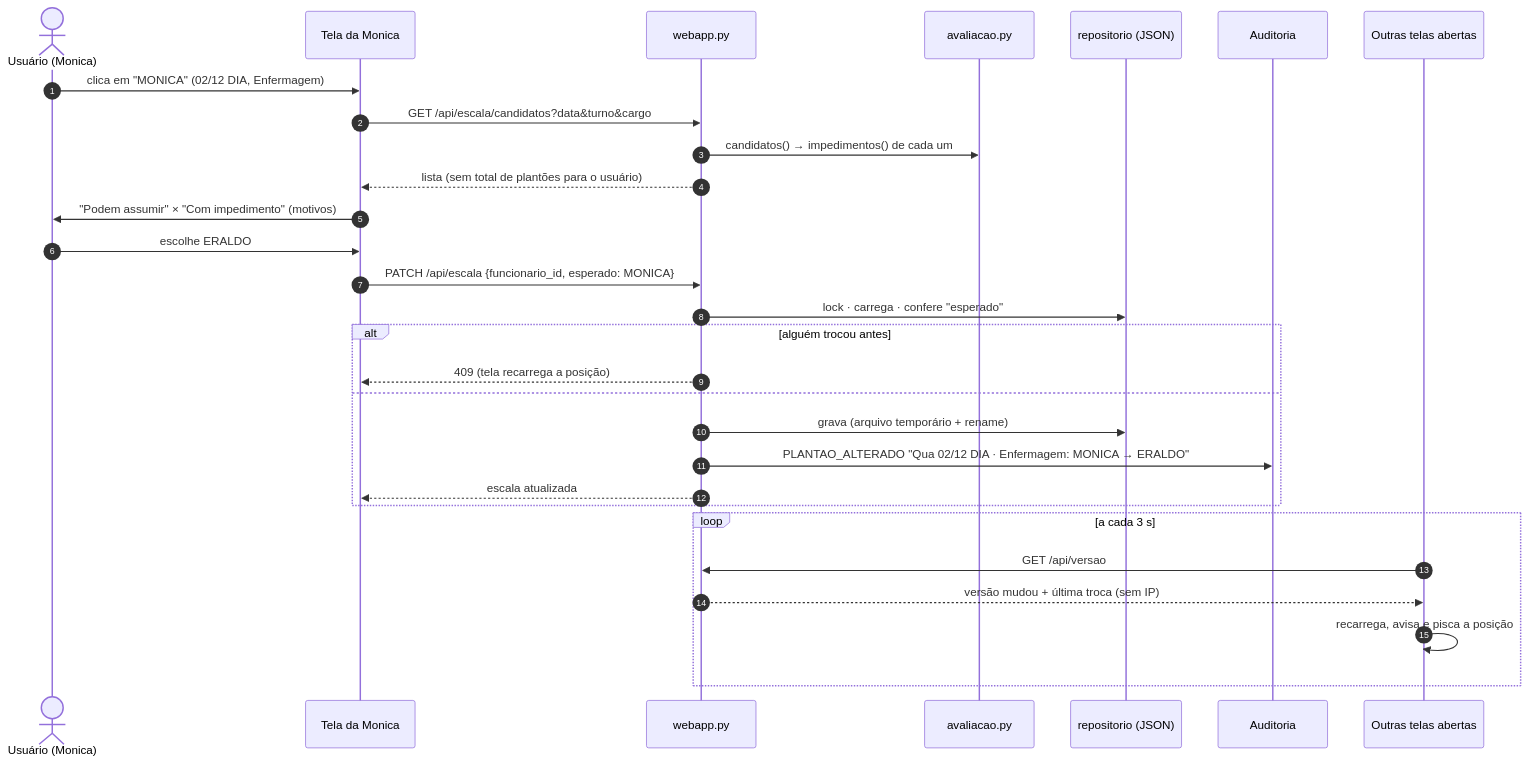
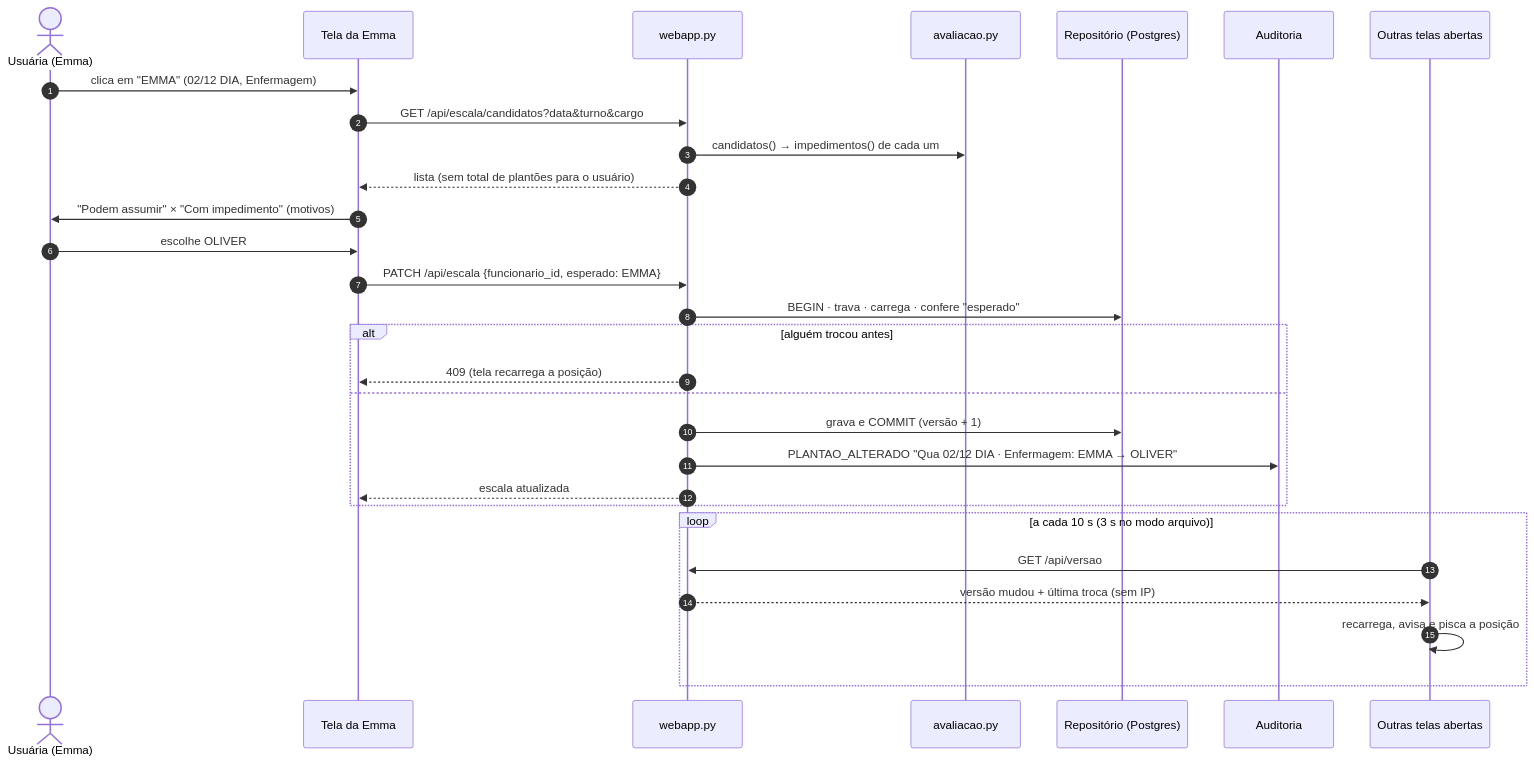
One commit to CarlosAlvesSantosJr/escalas-de-plantao changed the seventh of 8 diagrams in docs/ARQUITETURA.md. Above: the diagram before and after it, drawn with Mermaid. The commit also changed other lines of this file and 20 other files, not shown here.

````diff
--- a/docs/ARQUITETURA.md
+++ b/docs/ARQUITETURA.md
@@ -362,31 +374,31 @@
 ```mermaid
 sequenceDiagram
     autonumber
-    actor M as Usuário (Monica)
-    participant TM as Tela da Monica
+    actor M as Usuária (Emma)
+    participant TM as Tela da Emma
     participant A as webapp.py
     participant AV as avaliacao.py
-    participant R as repositorio (JSON)
+    participant R as Repositório (Postgres)
     participant AU as Auditoria
     participant TO as Outras telas abertas
-    M->>TM: clica em "MONICA" (02/12 DIA, Enfermagem)
+    M->>TM: clica em "EMMA" (02/12 DIA, Enfermagem)
     TM->>A: GET /api/escala/candidatos?data&turno&cargo
     A->>AV: candidatos() → impedimentos() de cada um
     A-->>TM: lista (sem total de plantões para o usuário)
     TM->>M: "Podem assumir" × "Com impedimento" (motivos)
-    M->>TM: escolhe ERALDO
-    TM->>A: PATCH /api/escala {funcionario_id, esperado: MONICA}
-    A->>R: lock · carrega · confere "esperado"
+    M->>TM: escolhe OLIVER
+    TM->>A: PATCH /api/escala {funcionario_id, esperado: EMMA}
+    A->>R: BEGIN · trava · carrega · confere "esperado"
     alt alguém trocou antes
         A-->>TM: 409 (tela recarrega a posição)
     else
-        A->>R: grava (arquivo temporário + rename)
-        A->>AU: PLANTAO_ALTERADO "Qua 02/12 DIA · Enfermagem: MONICA → ERALDO"
+        A->>R: grava e COMMIT (versão + 1)
+        A->>AU: PLANTAO_ALTERADO "Qua 02/12 DIA · Enfermagem: EMMA → OLIVER"
         A-->>TM: escala atualizada
     end
-    loop a cada 3 s
+    loop a cada 10 s (3 s no modo arquivo)
         TO->>A: GET /api/versao
         A-->>TO: versão mudou + última troca (sem IP)
         TO->>TO: recarrega, avisa e pisca a posição
     end
 ```
````
